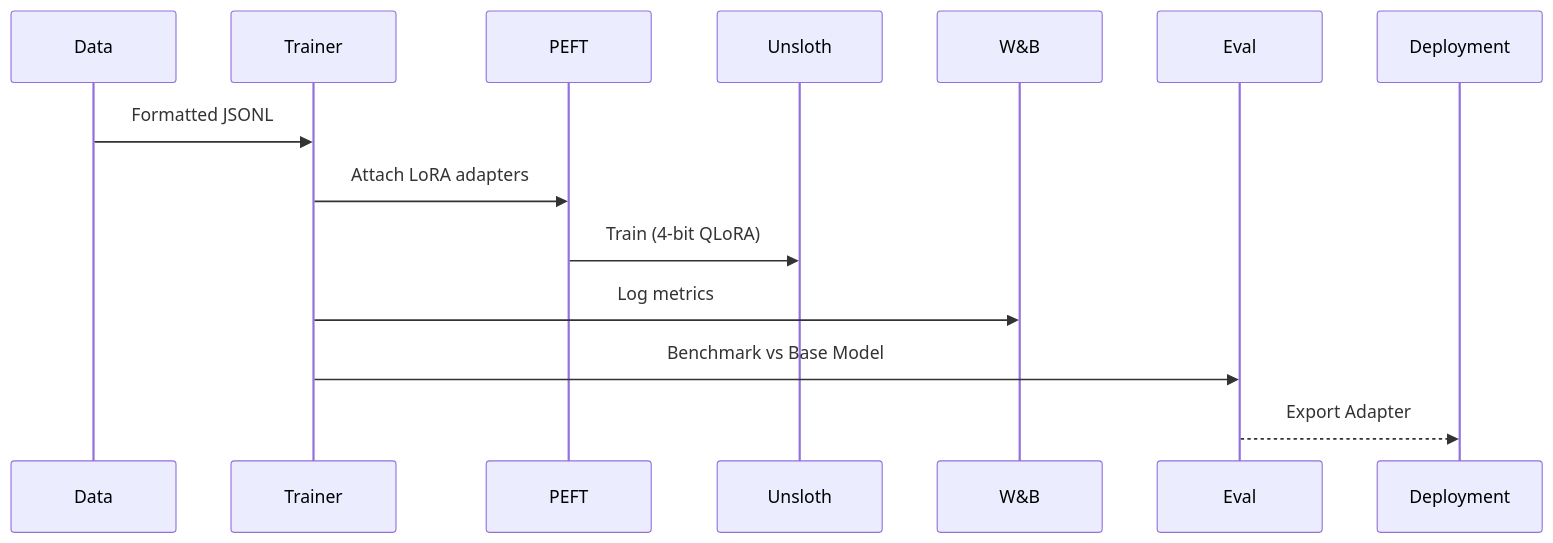
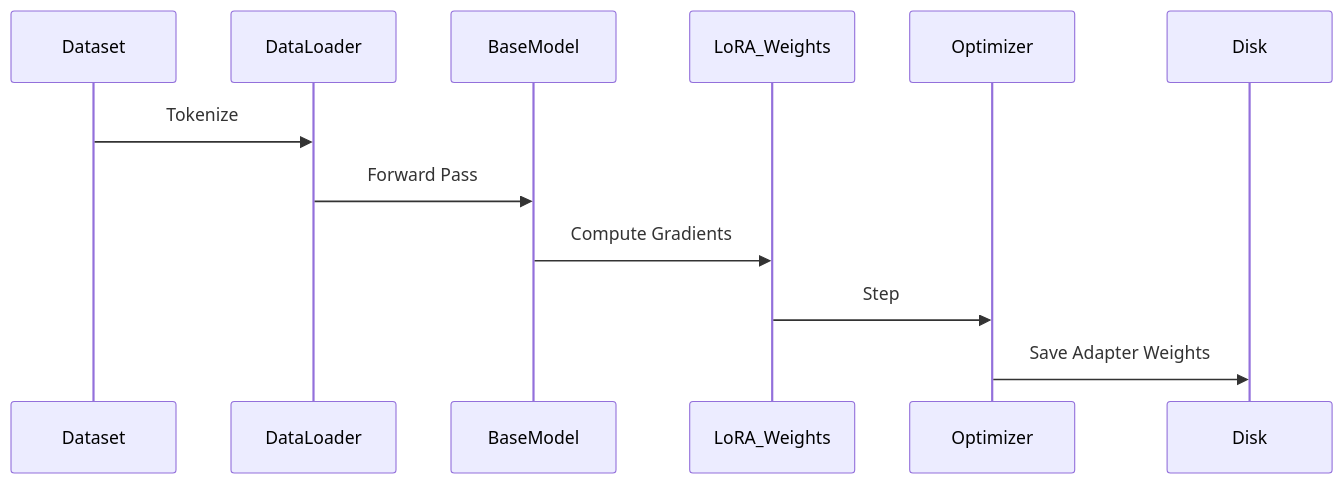
One commit to SumitDalavi/lora-finetuning-pipeline changed the diagram in docs/architecture.md. Above: the diagram before and after it, drawn with Mermaid. The commit also changed other lines of this file and 1 other file, not shown here.

Commit message:
docs: implement detailed README and architecture docs

````diff
--- a/docs/architecture.md
+++ b/docs/architecture.md
@@ -6,9 +6,8 @@
 ```mermaid
 sequenceDiagram
-Data->>Trainer: Formatted JSONL
-Trainer->>PEFT: Attach LoRA adapters
-PEFT->>Unsloth: Train (4-bit QLoRA)
-Trainer->>W&B: Log metrics
-Trainer->>Eval: Benchmark vs Base Model
-Eval-->>Deployment: Export Adapter
+    Dataset->>DataLoader: Tokenize
+DataLoader->>BaseModel: Forward Pass
+BaseModel->>LoRA_Weights: Compute Gradients
+LoRA_Weights->>Optimizer: Step
+Optimizer->>Disk: Save Adapter Weights
 ```
````
